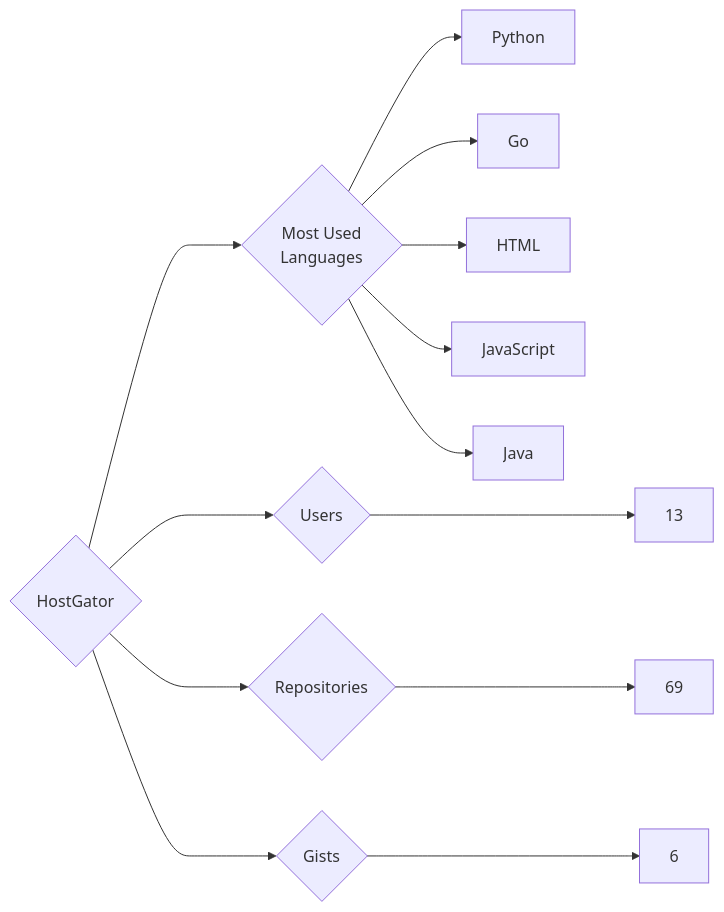
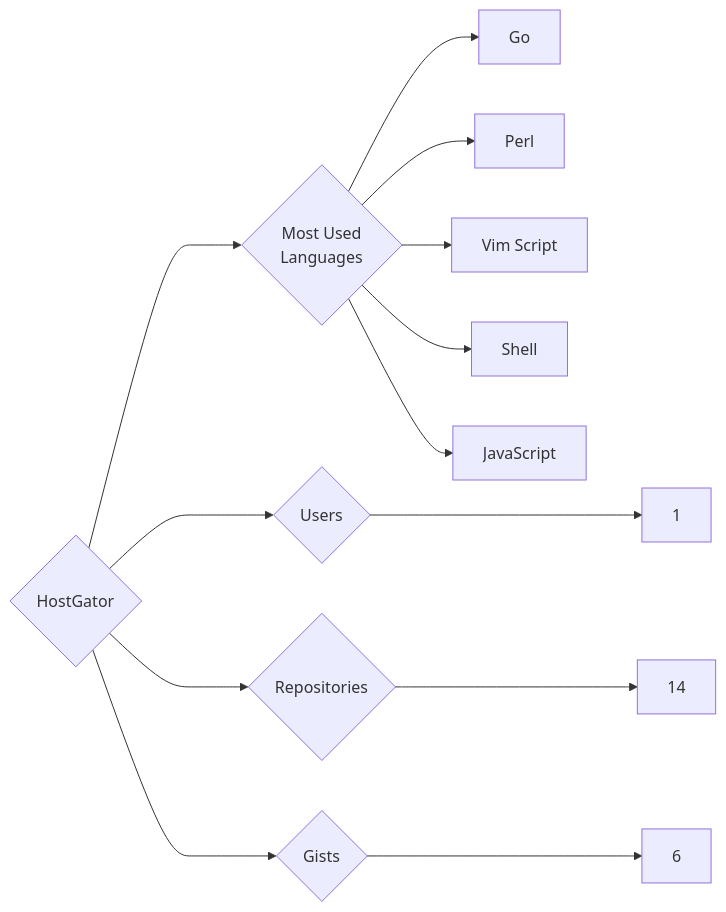
One commit to trickest/insiders changed the diagram in targets/HostGator/README.md. Above: the diagram before and after it, drawn with Mermaid. The commit also changed 679 other files, not shown here.

````diff
--- a/targets/HostGator/README.md
+++ b/targets/HostGator/README.md
@@ -3,13 +3,13 @@
 ```mermaid
 graph LR
 COMPANY_NAME{HostGator}
-COMPANY_NAME ---> U{Users} ---> UN[13]
-COMPANY_NAME ---> R{Repositories} ---> RN[69]
+COMPANY_NAME ---> U{Users} ---> UN[1]
+COMPANY_NAME ---> R{Repositories} ---> RN[14]
 COMPANY_NAME ---> G{Gists} ---> GN[6]
 COMPANY_NAME ---> ML{Most Used<br>Languages}
-ML --> Python[Python]
 ML --> Go[Go]
-ML --> HTML[HTML]
+ML --> Perl[Perl]
+ML --> Vim_Script[Vim Script]
+ML --> Shell[Shell]
 ML --> JavaScript[JavaScript]
-ML --> Java[Java]
 ```
````
